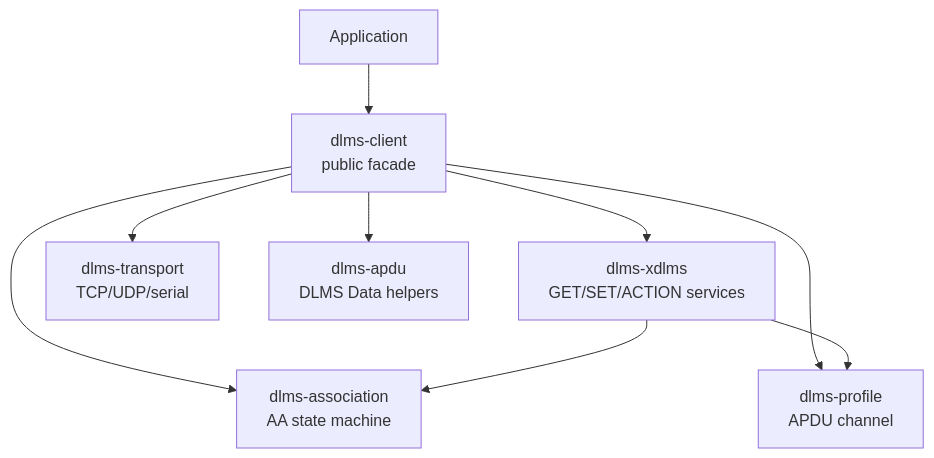
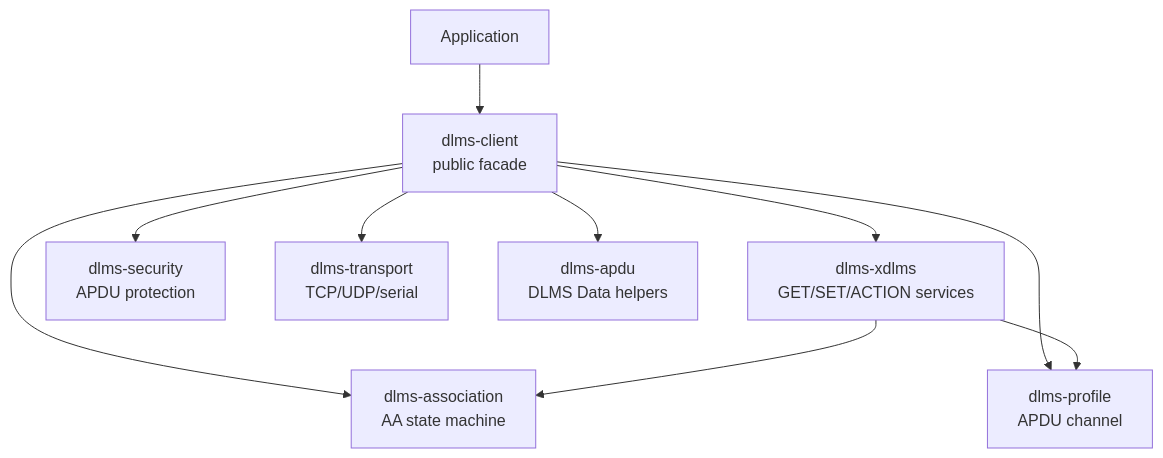
The first of 5 diagrams in docs/02_client_architecture.md (gvtret/dlms-client), drawn with Mermaid before and after one commit. The commit also changed other lines of this file and 4 other files, not shown here.

First line of the commit message:
docs(client): define security options

````diff
--- a/docs/02_client_architecture.md
+++ b/docs/02_client_architecture.md
@@ -10,19 +10,21 @@
 ```mermaid
 flowchart TB
   App["Application"]
   Client["dlms-client<br/>public facade"]
   XDlms["dlms-xdlms<br/>GET/SET/ACTION services"]
   Assoc["dlms-association<br/>AA state machine"]
+  Security["dlms-security<br/>APDU protection"]
   Profile["dlms-profile<br/>APDU channel"]
   Transport["dlms-transport<br/>TCP/UDP/serial"]
   Apdu["dlms-apdu<br/>DLMS Data helpers"]
 
   App --> Client
   Client --> XDlms
   Client --> Assoc
+  Client --> Security
   Client --> Profile
   Client --> Transport
   Client --> Apdu
   XDlms --> Assoc
   XDlms --> Profile
 ```
````
